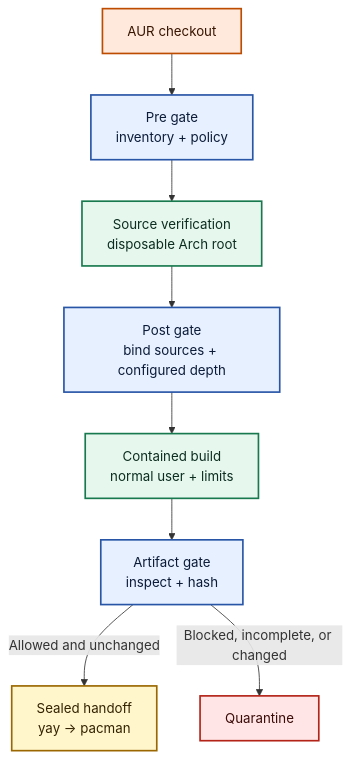
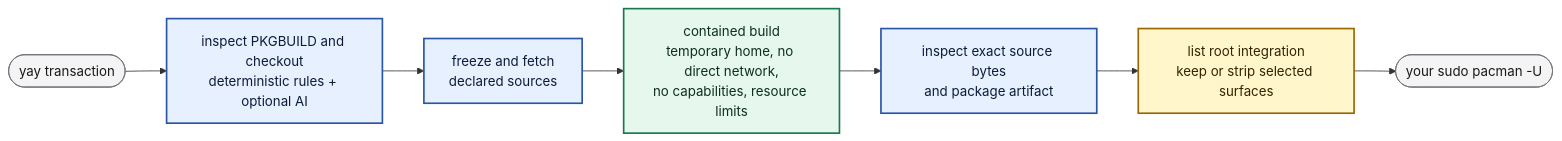
The diagram in README.md (holgerjh/prolewatch), drawn with Mermaid before and after one commit. The commit also changed other lines of this file and 203 other files, not shown here.

````diff
--- a/README.md
+++ b/README.md
@@ -94,22 +325,18 @@
 ```mermaid
-flowchart TB
-    A["AUR checkout"] --> B["Pre gate<br/>inventory + policy"]
-    B --> C["Source verification<br/>disposable Arch root"]
-    C --> D["Post gate<br/>bind sources + configured depth"]
-    D --> E["Contained build<br/>normal user + limits"]
-    E --> F["Artifact gate<br/>inspect + hash"]
-    F -->|Allowed and unchanged| G["Sealed handoff<br/>yay → pacman"]
-    F -->|Blocked, incomplete, or changed| H["Quarantine"]
+flowchart LR
+    Y(["yay transaction"]) --> I["inspect PKGBUILD and checkout<br/>deterministic rules + optional AI"]
+    I --> F["freeze and fetch<br/>declared sources"]
+    F --> B["contained build<br/>temporary home, no direct network,<br/>no capabilities, resource limits"]
+    B --> A["inspect exact source bytes<br/>and package artifact"]
+    A --> G["list root integration<br/>keep or strip selected surfaces"]
+    G --> P(["your sudo pacman -U"])
 
-    classDef input fill:#ffe9dc,stroke:#bd4b00,color:#381500,stroke-width:2px;
-    classDef gate fill:#e7f0ff,stroke:#2855a6,color:#0b1b38,stroke-width:2px;
+    classDef control fill:#e7f0ff,stroke:#2855a6,color:#0b1b38,stroke-width:2px;
     classDef contained fill:#e6f7ee,stroke:#18794e,color:#0c2d20,stroke-width:2px;
-    classDef sealed fill:#fff6cc,stroke:#9a6700,color:#332300,stroke-width:2px;
-    classDef denied fill:#ffe5e5,stroke:#b42318,color:#3b0b08,stroke-width:2px;
-
-    class A input;
-    class B,D,F gate;
-    class C,E contained;
-    class G sealed;
-    class H denied;
+    classDef choice fill:#fff6cc,stroke:#9a6700,color:#332300,stroke-width:2px;
+    classDef neutral fill:#f4f4f5,stroke:#71717a,color:#18181b,stroke-width:1px;
+    class I,F,A control;
+    class B contained;
+    class G choice;
+    class Y,P neutral;
 ```
````
